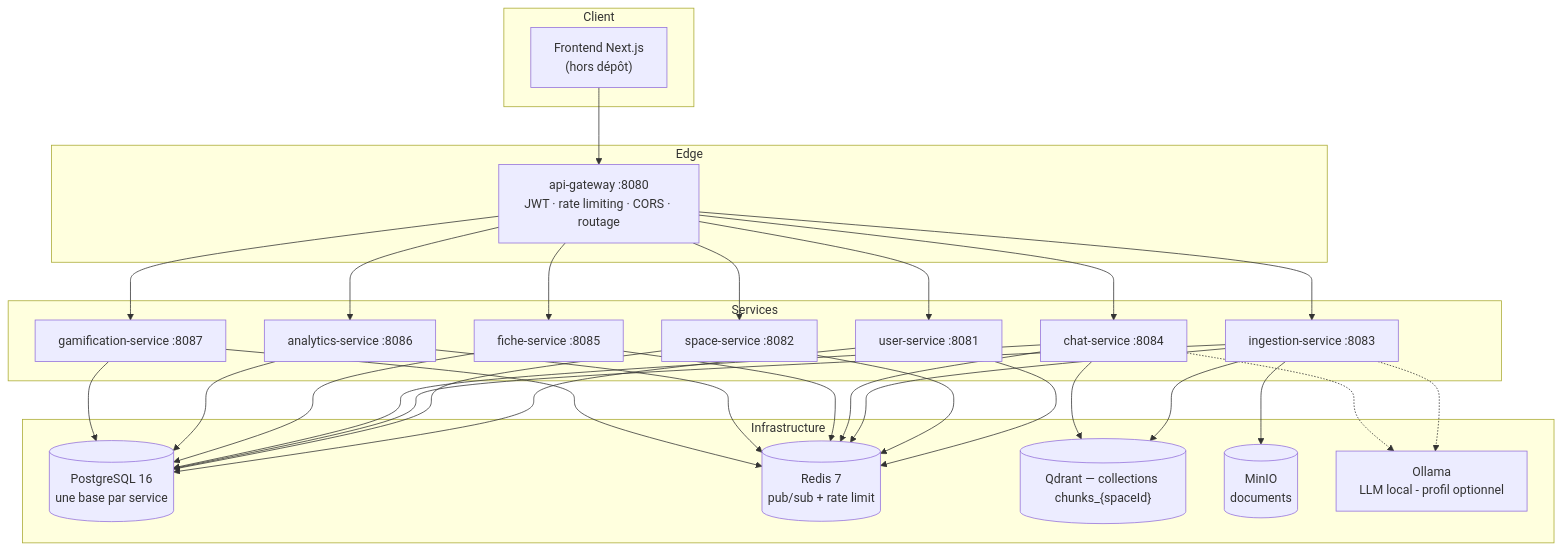
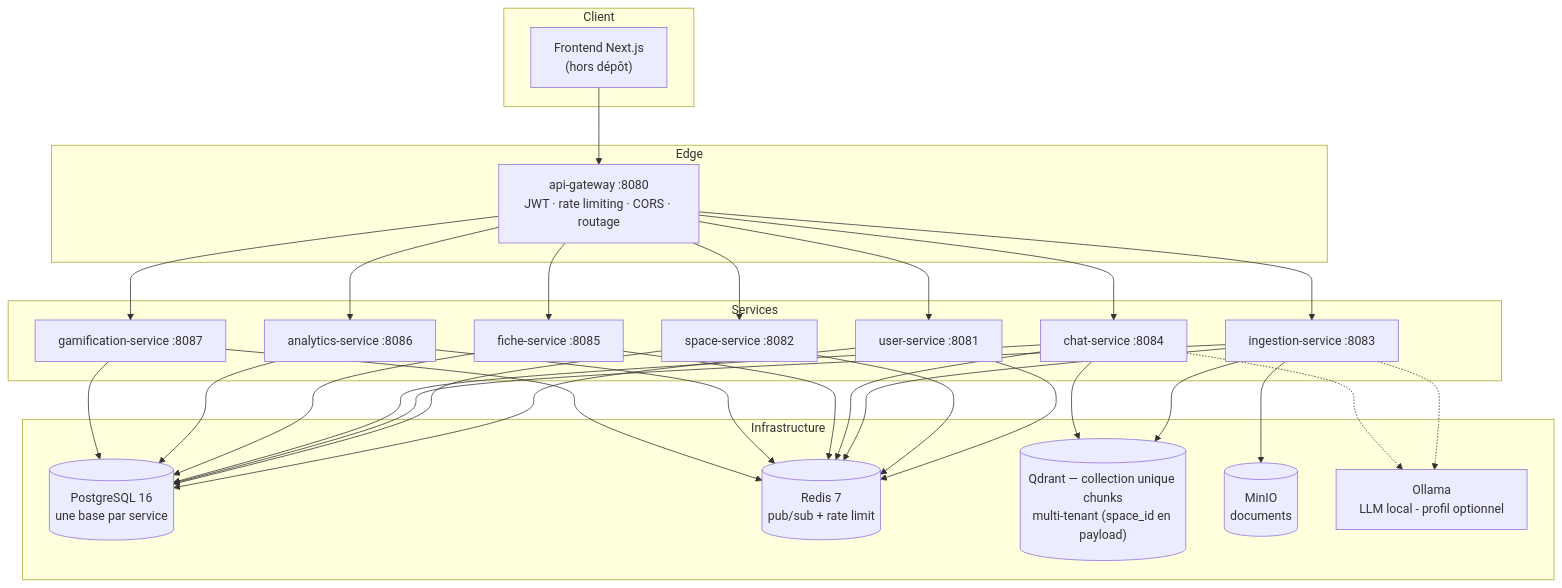
One commit to MixMaster2005/TsimokaAI changed the diagram in README.md. Above: the diagram before and after it, drawn with Mermaid. The commit also changed 10 other files, not shown here.

Commit message:
fix: Update Qdrant configuration for multi-tenant support with a single shared collection

````diff
--- a/README.md
+++ b/README.md
@@ -58,36 +58,36 @@
 ```mermaid
 flowchart TB
     subgraph Client
         FE["Frontend Next.js<br/>(hors dépôt)"]
     end
     subgraph Edge
         GW[api-gateway :8080<br/>JWT · rate limiting · CORS · routage]
     end
     subgraph Services
         US[user-service :8081]
         SS[space-service :8082]
         IS[ingestion-service :8083]
         CS[chat-service :8084]
         FS[fiche-service :8085]
         AS[analytics-service :8086]
         GS[gamification-service :8087]
     end
     subgraph Infrastructure
         PG[(PostgreSQL 16<br/>une base par service)]
         RD[(Redis 7<br/>pub/sub + rate limit)]
-        QD[("Qdrant — collections chunks_{spaceId}")]
+        QD[("Qdrant — collection unique chunks<br/>multi-tenant (space_id en payload)")]
         MO[(MinIO<br/>documents)]
         OL[Ollama<br/>LLM local - profil optionnel]
     end
     FE --> GW
     GW --> US & SS & IS & CS & FS & AS & GS
     US --> PG & RD
     SS --> PG & RD
     IS --> PG & RD & QD & MO
     CS --> PG & RD & QD
     FS --> PG & RD
     AS --> PG & RD
     GS --> PG & RD
     IS -.-> OL
     CS -.-> OL
 ```
````
